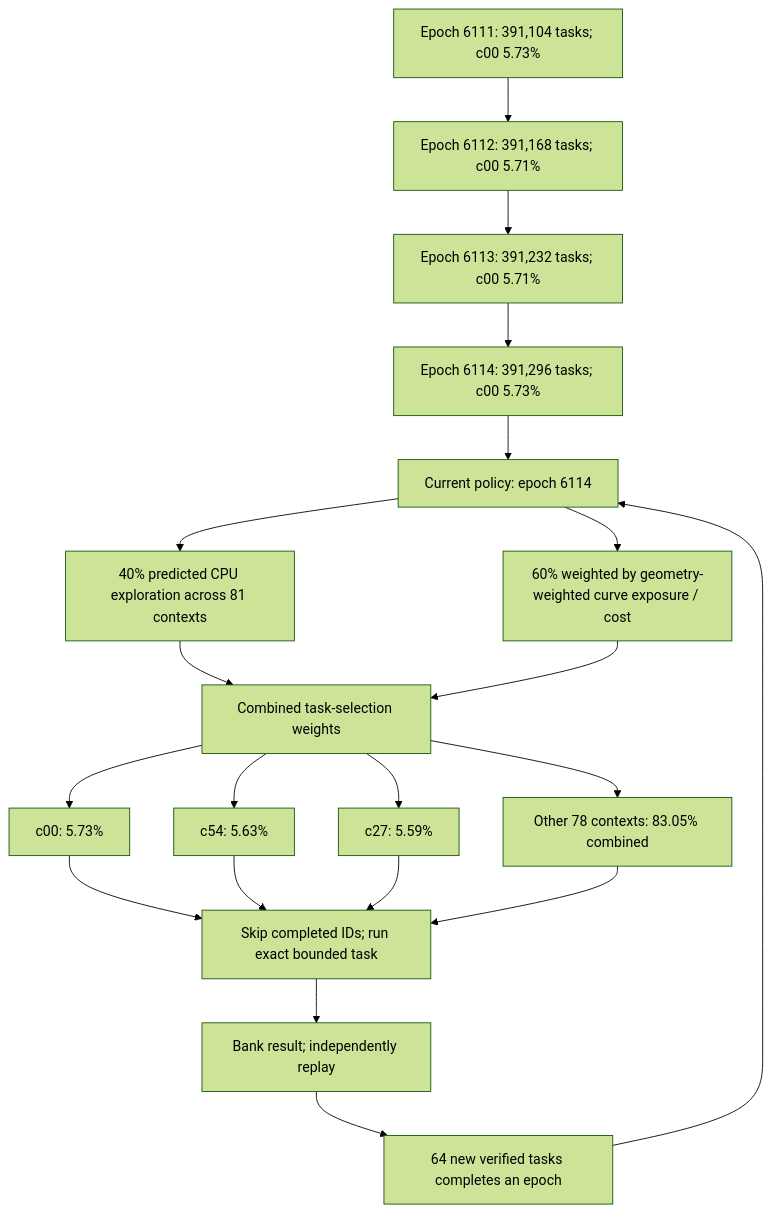
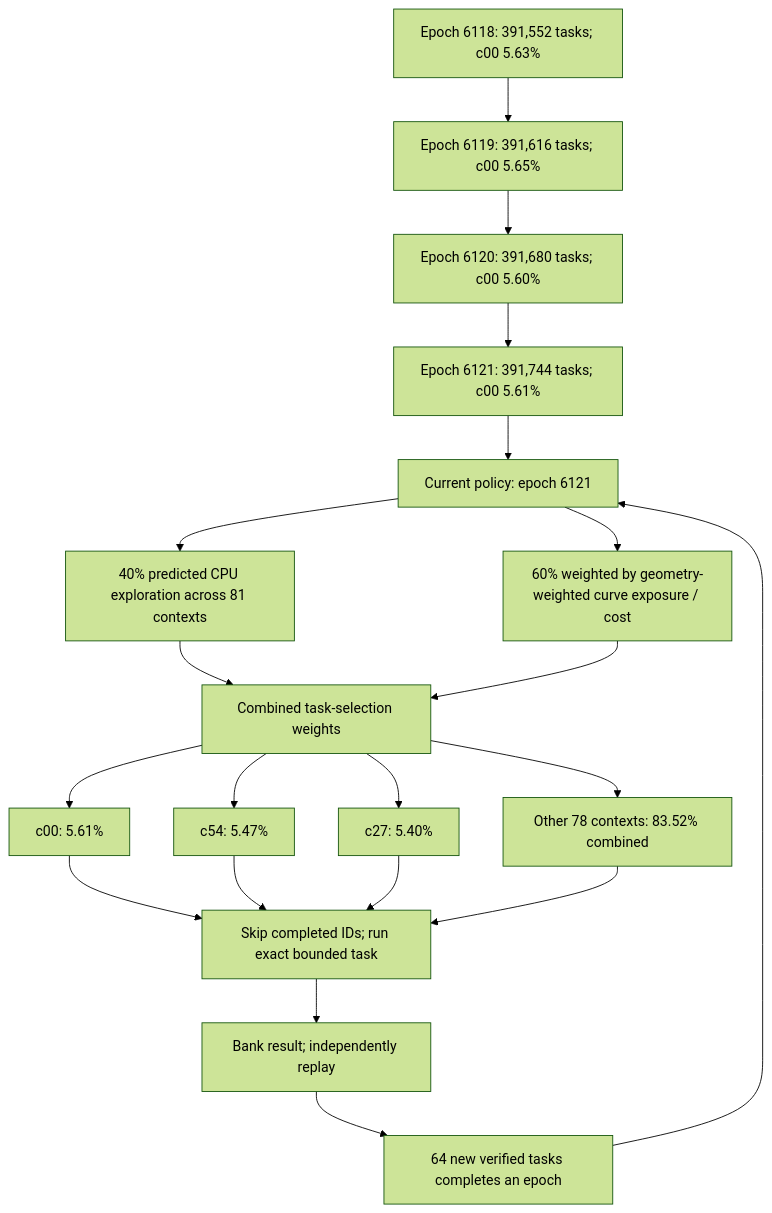
One commit to Kuberwastaken/math-gambling changed the first of 4 diagrams in README.md. Above: the diagram before and after it, drawn with Mermaid (forest theme). The commit also changed other lines of this file and 971 other files, not shown here.

````diff
--- a/README.md
+++ b/README.md
@@ -60,27 +60,27 @@
 ```mermaid
 flowchart TD
-    H0["Epoch 6111: 391,104 tasks; c00 5.73%"]
-    H1["Epoch 6112: 391,168 tasks; c00 5.71%"]
+    H0["Epoch 6118: 391,552 tasks; c00 5.63%"]
+    H1["Epoch 6119: 391,616 tasks; c00 5.65%"]
     H0 --> H1
-    H2["Epoch 6113: 391,232 tasks; c00 5.71%"]
+    H2["Epoch 6120: 391,680 tasks; c00 5.60%"]
     H1 --> H2
-    H3["Epoch 6114: 391,296 tasks; c00 5.73%"]
+    H3["Epoch 6121: 391,744 tasks; c00 5.61%"]
     H2 --> H3
-    Policy["Current policy: epoch 6114"]
+    Policy["Current policy: epoch 6121"]
     H3 --> Policy
     Policy --> Explore["40% predicted CPU exploration across 81 contexts"]
     Policy --> Cost["60% weighted by geometry-weighted curve exposure / cost"]
     Explore --> Mix["Combined task-selection weights"]
     Cost --> Mix
-    Mix --> C0["c00: 5.73%"]
-    Mix --> C1["c54: 5.63%"]
-    Mix --> C2["c27: 5.59%"]
-    Mix --> Rest["Other 78 contexts: 83.05% combined"]
+    Mix --> C0["c00: 5.61%"]
+    Mix --> C1["c54: 5.47%"]
+    Mix --> C2["c27: 5.40%"]
+    Mix --> Rest["Other 78 contexts: 83.52% combined"]
     C0 --> Check["Skip completed IDs; run exact bounded task"]
     C1 --> Check
     C2 --> Check
     Rest --> Check
     Check --> Replay["Bank result; independently replay"]
     Replay --> Gate["64 new verified tasks completes an epoch"]
     Gate --> Policy
 ```
````
